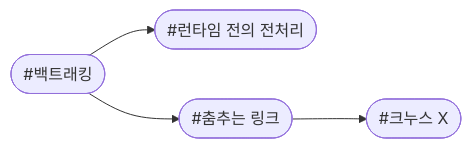
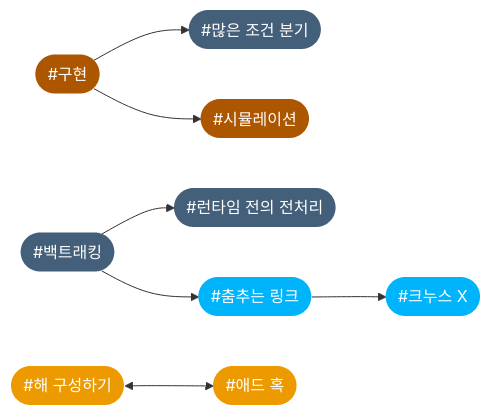
Before and after one commit to CHOYUNSIG/algorithm_with_boj: the tenth of 10 diagrams in index.md, drawn with Mermaid. The commit also changed other lines of this file and 2 other files, not shown here.

```diff
--- a/index.md
+++ b/index.md
@@ -591,12 +658,27 @@
 <pre class="mermaid">
     graph LR
 
+    #implementation --> #case_work
+    #implementation --> #simulation
     #backtracking --> #precomputation
     #backtracking --> #dancing_links
     #dancing_links --> #knuth_x
+    #constructive <--> #ad_hoc
 
-    #precomputation(["#런타임 전의 전처리"])
-    #backtracking(["#백트래킹"])
-    #dancing_links(["#춤추는 링크"])
-    #knuth_x(["#크누스 X"])
+    #implementation(["#구현"]):::tier0
+    #precomputation(["#런타임 전의 전처리"]):::tier1
+    #case_work(["#많은 조건 분기"]):::tier1
+    #backtracking(["#백트래킹"]):::tier1
+    #simulation(["#시뮬레이션"]):::tier0
+    #ad_hoc(["#애드 혹"]):::tier2
+    #dancing_links(["#춤추는 링크"]):::tier4
+    #knuth_x(["#크누스 X"]):::tier4
+    #constructive(["#해 구성하기"]):::tier2
+
+    classDef tier0 fill:#ad5600, color:#fff, stroke:#0000
+    classDef tier1 fill:#435f7a, color:#fff, stroke:#0000
+    classDef tier2 fill:#ec9a00, color:#fff, stroke:#0000
+    classDef tier3 fill:#27e2a4, color:#fff, stroke:#0000
+    classDef tier4 fill:#00b4fc, color:#fff, stroke:#0000
+    classDef tier5 fill:#ff0062, color:#fff, stroke:#0000
 </pre>
```
